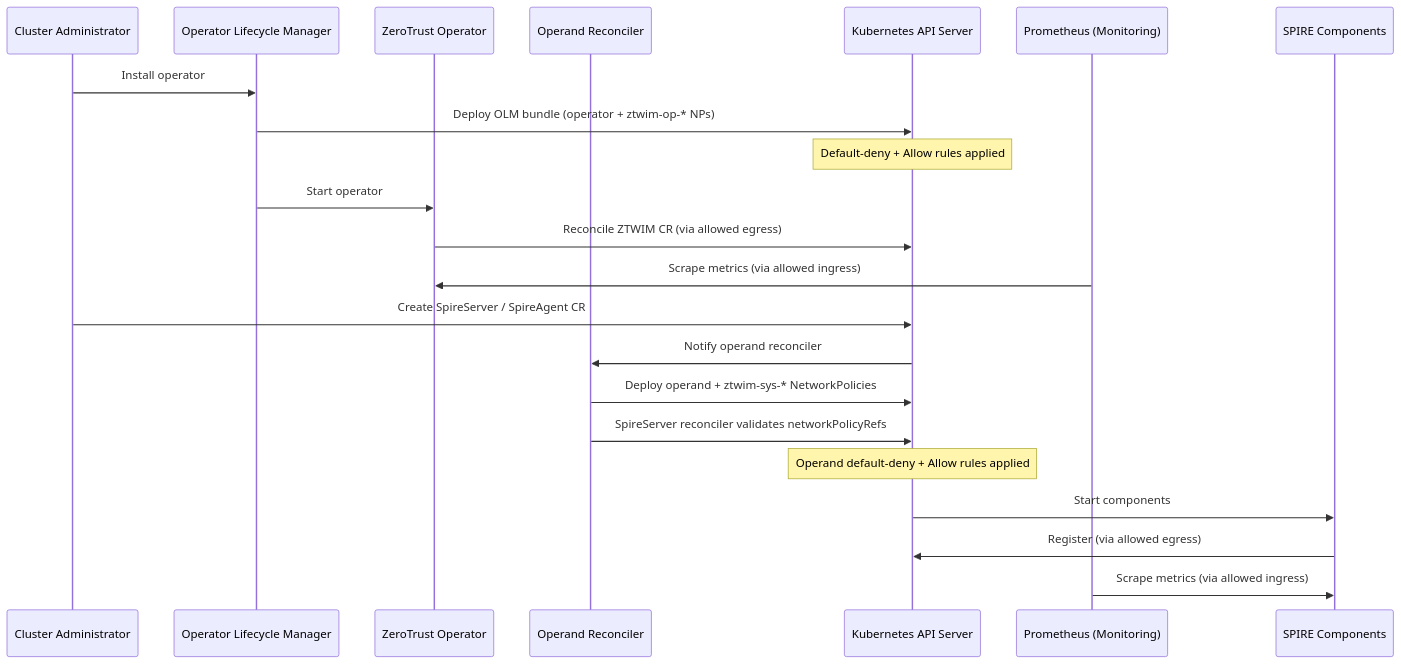
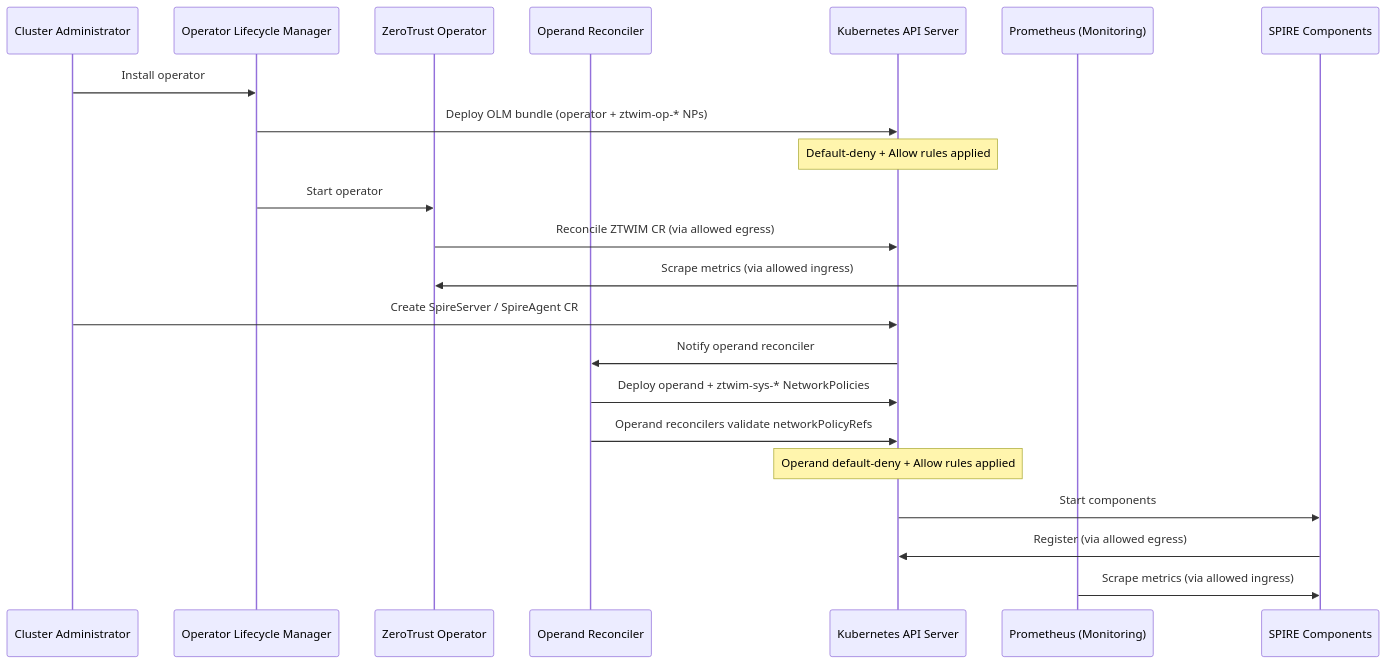
One commit to openshift/enhancements changed the diagram in enhancements/workload-identity-management/zero-trust-workload-identity-manager-network-policies.md. Above: the diagram before and after it, drawn with Mermaid. The commit also changed other lines of this file, not shown here.

First line of the commit message:
Clarify downgrade GC, federation, and custom route networkPolicyRefs.

````diff
--- a/enhancements/workload-identity-management/zero-trust-workload-identity-manager-network-policies.md
+++ b/enhancements/workload-identity-management/zero-trust-workload-identity-manager-network-policies.md
@@ -302,26 +314,26 @@
 ```mermaid
 sequenceDiagram
     participant Admin as Cluster Administrator
     participant OLM as Operator Lifecycle Manager
     participant Op as ZeroTrust Operator
     participant Recon as Operand Reconciler
     participant K8s as Kubernetes API Server
     participant Mon as Prometheus (Monitoring)
     participant SPIRE as SPIRE Components
 
     Admin->>OLM: Install operator
     OLM->>K8s: Deploy OLM bundle (operator + ztwim-op-* NPs)
     Note over K8s: Default-deny + Allow rules applied
     OLM->>Op: Start operator
     Op->>K8s: Reconcile ZTWIM CR (via allowed egress)
     Mon->>Op: Scrape metrics (via allowed ingress)
 
     Admin->>K8s: Create SpireServer / SpireAgent CR
     K8s->>Recon: Notify operand reconciler
     Recon->>K8s: Deploy operand + ztwim-sys-* NetworkPolicies
-    Recon->>K8s: SpireServer reconciler validates networkPolicyRefs
+    Recon->>K8s: Operand reconcilers validate networkPolicyRefs
     Note over K8s: Operand default-deny + Allow rules applied
     K8s->>SPIRE: Start components
     SPIRE->>K8s: Register (via allowed egress)
     Mon->>SPIRE: Scrape metrics (via allowed ingress)
 ```
````
